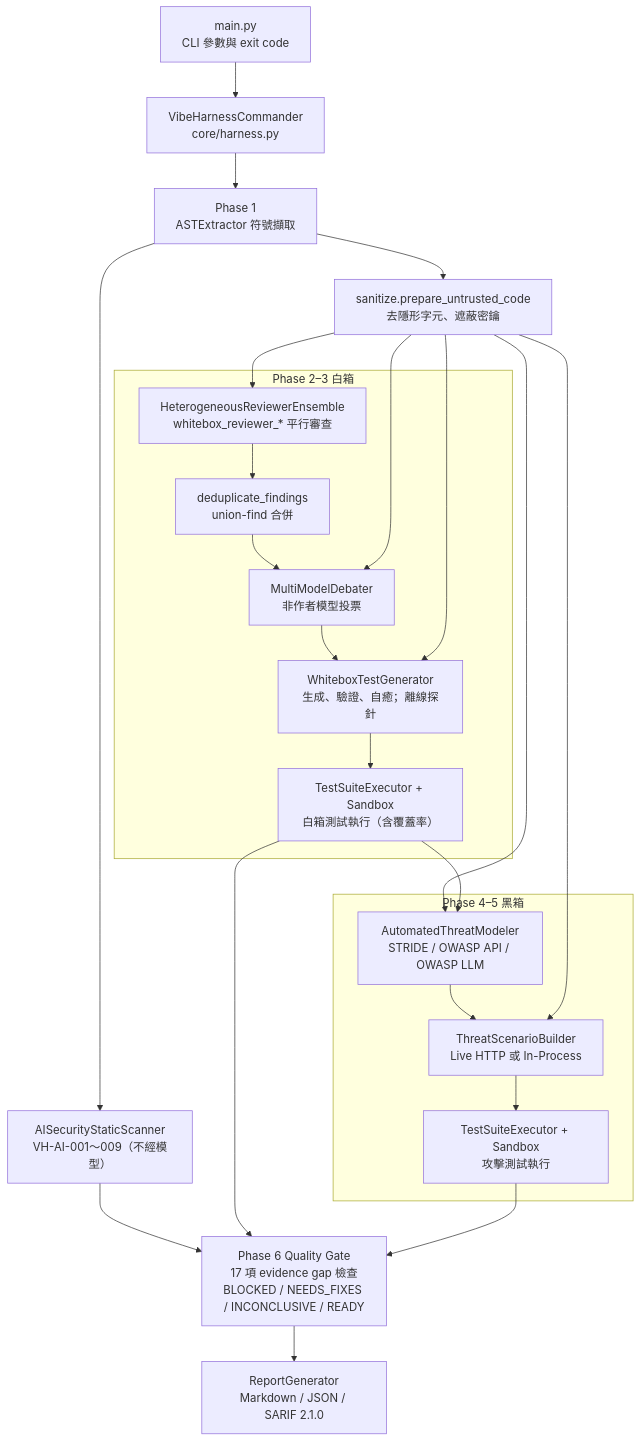
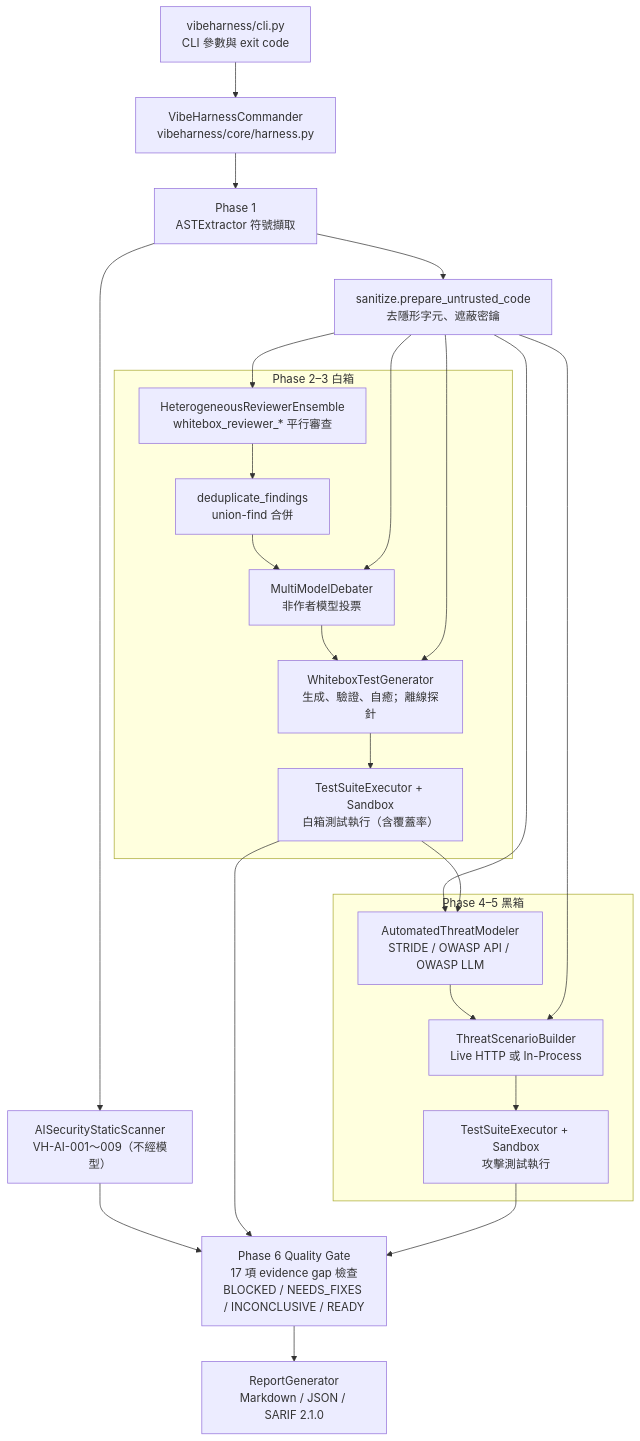
One commit to chinchiang/MultiAgentGama changed the first of 3 diagrams in docs/design.md. Above: the diagram before and after it, drawn with Mermaid. The commit also changed other lines of this file and 57 other files, not shown here.

````diff
--- a/docs/design.md
+++ b/docs/design.md
@@ -43,34 +43,34 @@
 ```mermaid
 flowchart TD
-    CLI["main.py<br/>CLI 參數與 exit code"] --> CMD["VibeHarnessCommander<br/>core/harness.py"]
+    CLI["vibeharness/cli.py<br/>CLI 參數與 exit code"] --> CMD["VibeHarnessCommander<br/>vibeharness/core/harness.py"]
     CMD --> P1["Phase 1<br/>ASTExtractor 符號擷取"]
     P1 --> SAST["AISecurityStaticScanner<br/>VH-AI-001～009（不經模型）"]
     P1 --> SAN["sanitize.prepare_untrusted_code<br/>去隱形字元、遮蔽密鑰"]
 
     subgraph WB ["Phase 2–3 白箱"]
         REV["HeterogeneousReviewerEnsemble<br/>whitebox_reviewer_* 平行審查"]
         DEDUP["deduplicate_findings<br/>union-find 合併"]
         DEB["MultiModelDebater<br/>非作者模型投票"]
         GEN["WhiteboxTestGenerator<br/>生成、驗證、自癒；離線探針"]
         EXE1["TestSuiteExecutor + Sandbox<br/>白箱測試執行（含覆蓋率）"]
         REV --> DEDUP --> DEB --> GEN --> EXE1
     end
 
     subgraph BB ["Phase 4–5 黑箱"]
         TM["AutomatedThreatModeler<br/>STRIDE / OWASP API / OWASP LLM"]
         ATK["ThreatScenarioBuilder<br/>Live HTTP 或 In-Process"]
         EXE2["TestSuiteExecutor + Sandbox<br/>攻擊測試執行"]
         TM --> ATK --> EXE2
     end
 
     SAN --> REV
     SAN --> DEB
     SAN --> GEN
     SAN --> TM
     SAN --> ATK
     EXE1 --> TM
     SAST --> GATE
     EXE1 --> GATE
     EXE2 --> GATE["Phase 6 Quality Gate<br/>17 項 evidence gap 檢查<br/>BLOCKED / NEEDS_FIXES / INCONCLUSIVE / READY"]
     GATE --> OUT["ReportGenerator<br/>Markdown / JSON / SARIF 2.1.0"]
 ```
````
